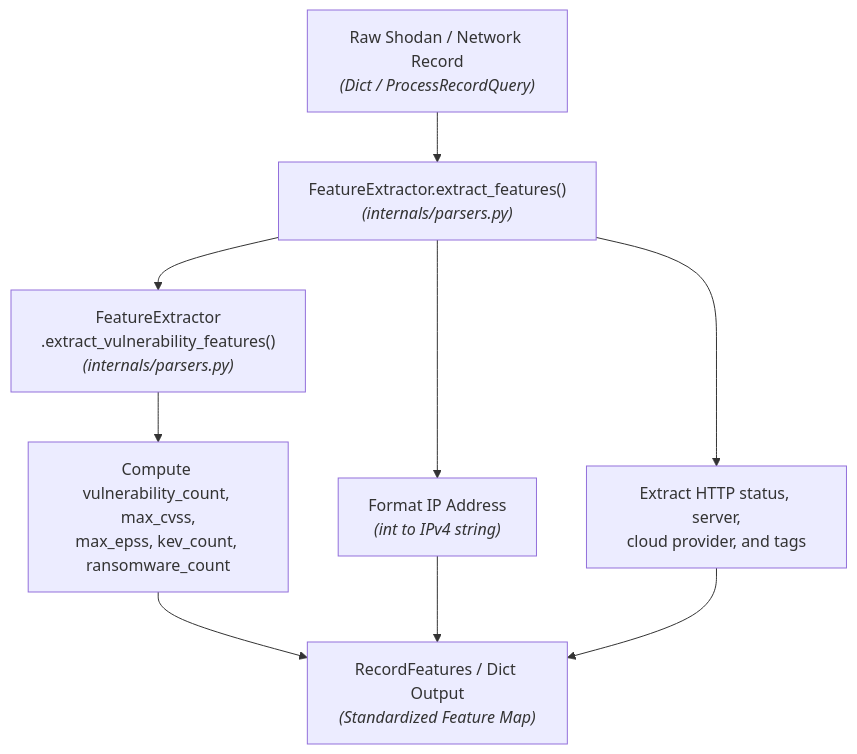
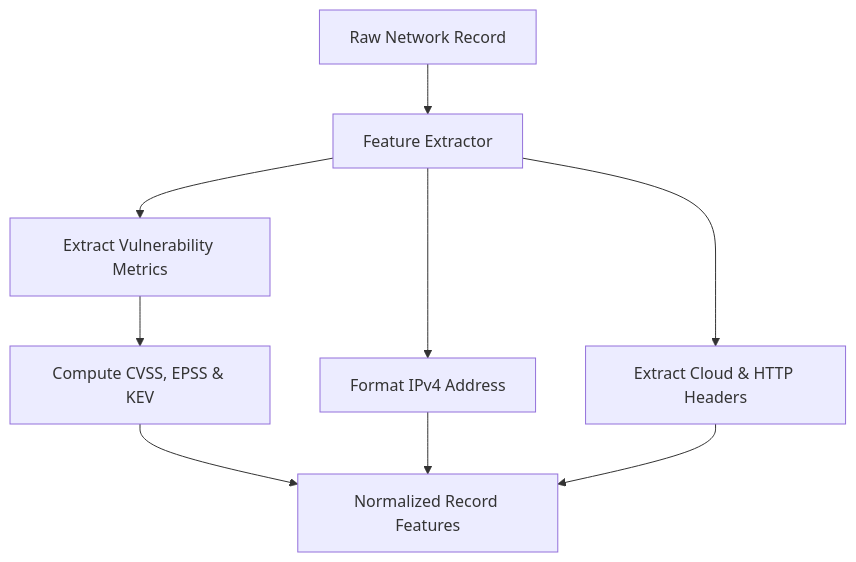
Before and after one commit to dev-anuj007/cyber_intel: the second of 4 diagrams in backend/src/services/aggregator/README.md, drawn with Mermaid. The commit also changed other lines of this file, not shown here.

````diff
--- a/backend/src/services/aggregator/README.md
+++ b/backend/src/services/aggregator/README.md
@@ -56,11 +56,11 @@
 ```mermaid
 flowchart TD
-    Raw["Raw Shodan / Network Record<br/><i>(Dict / ProcessRecordQuery)</i>"] --> Parse["FeatureExtractor.extract_features()<br/><i>(internals/parsers.py)</i>"]
-    Parse --> IP["Format IP Address<br/><i>(int to IPv4 string)</i>"]
-    Parse --> HTTP["Extract HTTP status, server,<br/>cloud provider, and tags"]
-    Parse --> Vuln["FeatureExtractor<br/>.extract_vulnerability_features()<br/><i>(internals/parsers.py)</i>"]
-    Vuln --> Metrics["Compute vulnerability_count, max_cvss,<br/>max_epss, kev_count, ransomware_count"]
-    Metrics --> Feat["RecordFeatures / Dict Output<br/><i>(Standardized Feature Map)</i>"]
+    Raw["Raw Network Record"] --> Parse["Feature Extractor"]
+    Parse --> IP["Format IPv4 Address"]
+    Parse --> HTTP["Extract Cloud & HTTP Headers"]
+    Parse --> Vuln["Extract Vulnerability Metrics"]
+    Vuln --> Metrics["Compute CVSS, EPSS & KEV"]
+    Metrics --> Feat["Normalized Record Features"]
     IP --> Feat
     HTTP --> Feat
 ```
````
